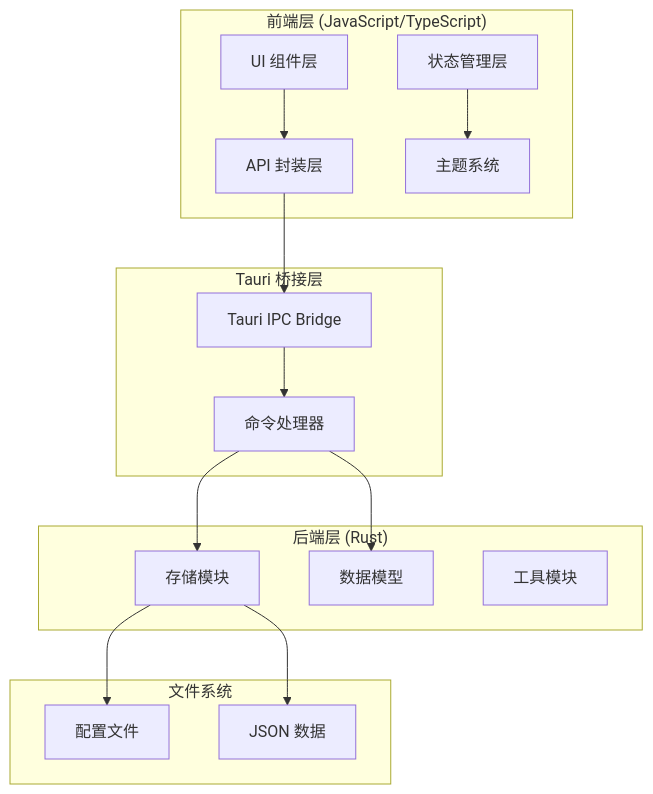
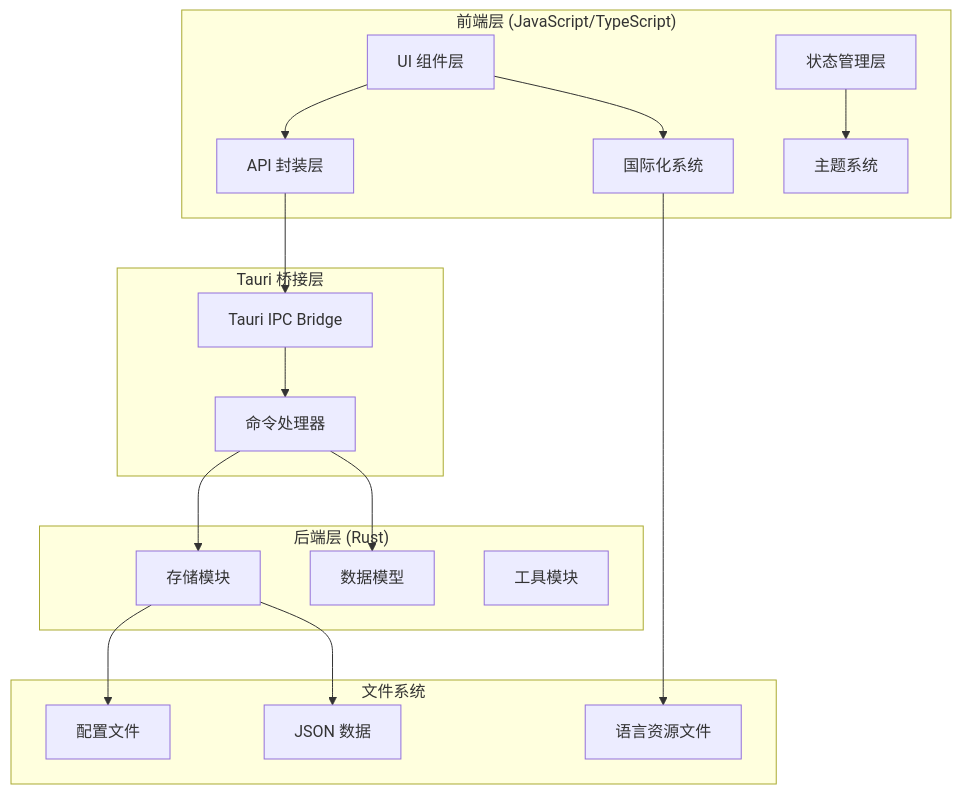
The first of 3 diagrams in llmdoc/architecture/systemprompt-vault-architecture.md (ppyyr/SystemPromptVault), drawn with Mermaid before and after one commit. The commit also changed other lines of this file and 12 other files, not shown here.

````diff
--- a/llmdoc/architecture/systemprompt-vault-architecture.md
+++ b/llmdoc/architecture/systemprompt-vault-architecture.md
@@ -11,34 +11,38 @@
 ```mermaid
 graph TB
     subgraph "前端层 (JavaScript/TypeScript)"
         UI[UI 组件层]
         API[API 封装层]
         State[状态管理层]
         Theme[主题系统]
+        I18n[国际化系统]
     end
 
     subgraph "Tauri 桥接层"
         Bridge[Tauri IPC Bridge]
         Commands[命令处理器]
     end
 
     subgraph "后端层 (Rust)"
         Storage[存储模块]
         Models[数据模型]
         Utils[工具模块]
     end
 
     subgraph "文件系统"
         Config[配置文件]
         Data[JSON 数据]
+        Locales[语言资源文件]
     end
 
     UI --> API
+    UI --> I18n
     API --> Bridge
     Bridge --> Commands
     Commands --> Storage
     Commands --> Models
     Storage --> Config
     Storage --> Data
+    I18n --> Locales
     State --> Theme
 ```
````
